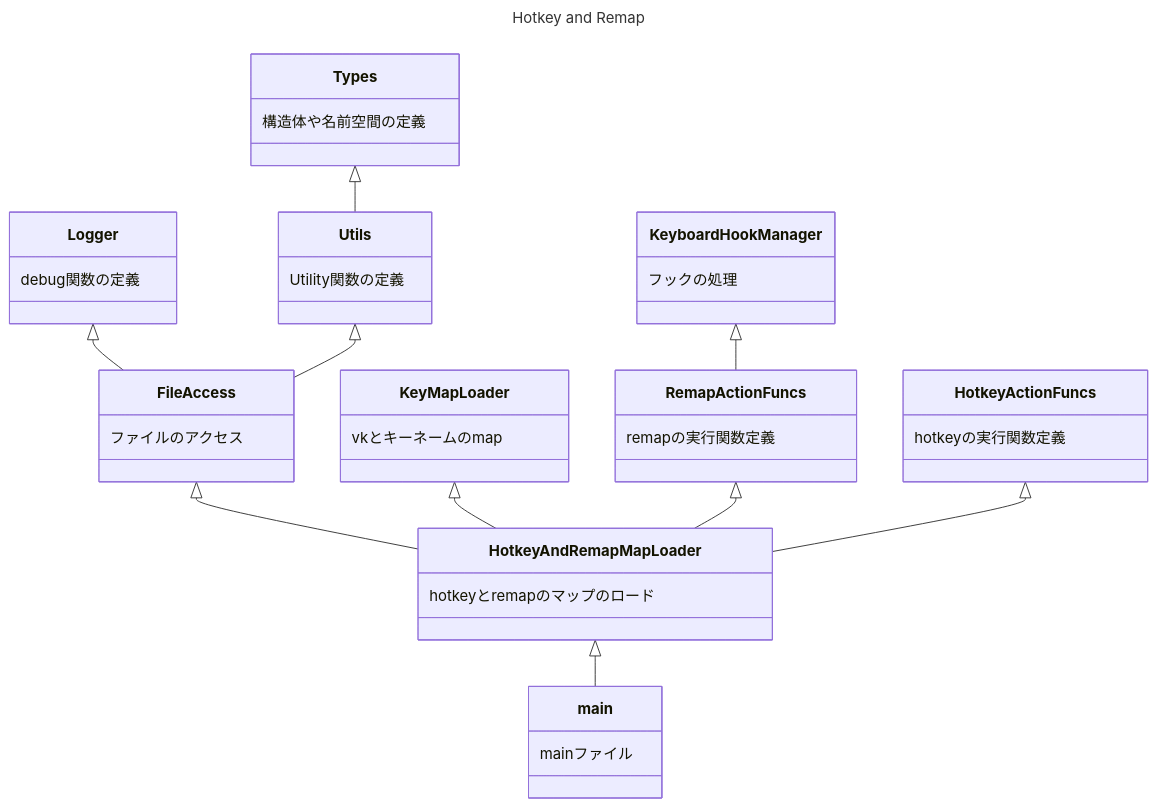
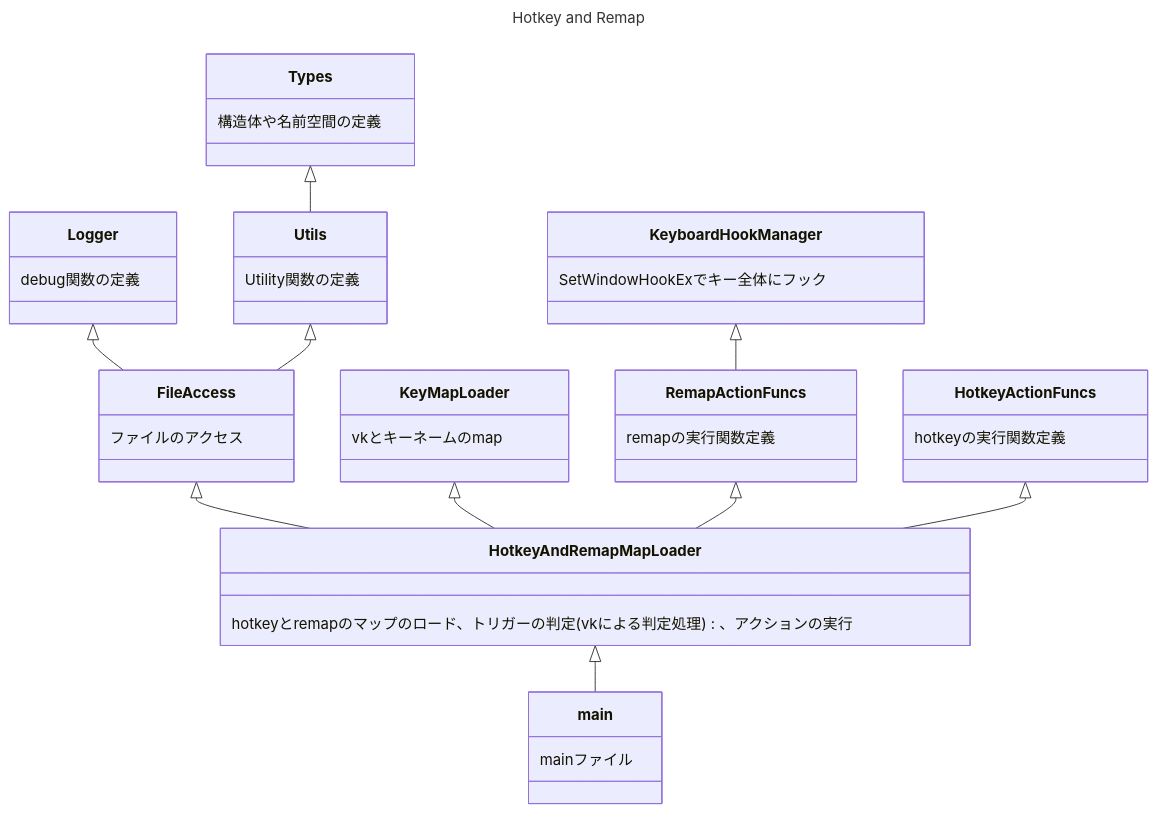
One commit to ripidot/newhotkey changed the diagram in CLI/document/クラス図/Mermaid Chart.mmd. Above: the diagram before and after it, drawn with Mermaid. The commit also changed 12 other files, not shown here.

```diff
--- a/CLI/document/クラス図/Mermaid Chart.mmd
+++ b/CLI/document/クラス図/Mermaid Chart.mmd
@@ -1,45 +1,45 @@
 ---
 title: Hotkey and Remap
 ---
 classDiagram
 direction TB
     class FileAccess {
 	    ファイルのアクセス
     }
     class HotkeyAndRemapMapLoader {
-      hotkeyとremapのマップのロード
+      hotkeyとremapのマップのロード、トリガーの判定(vkによる判定処理)、アクションの実行
     }
     class KeyMapLoader {
       vkとキーネームのmap
     }
     class KeyboardHookManager {
-      フックの処理
+    SetWindowHookExでキー全体にフック
     }
     class HotkeyActionFuncs {
       hotkeyの実行関数定義
     }
     class RemapActionFuncs {
       remapの実行関数定義
     }
     class Logger {
       debug関数の定義
     }
     class Utils {
       Utility関数の定義
     }
     class Types {
       構造体や名前空間の定義
     }
     class main {
       mainファイル
     }
   
     FileAccess <|-- HotkeyAndRemapMapLoader
     KeyMapLoader <|-- HotkeyAndRemapMapLoader
     KeyboardHookManager<|-- RemapActionFuncs
     RemapActionFuncs<|-- HotkeyAndRemapMapLoader
     HotkeyActionFuncs <|-- HotkeyAndRemapMapLoader
     HotkeyAndRemapMapLoader <|-- main
     Logger <|-- FileAccess
     Utils <|-- FileAccess
     Types <|-- Utils
```
